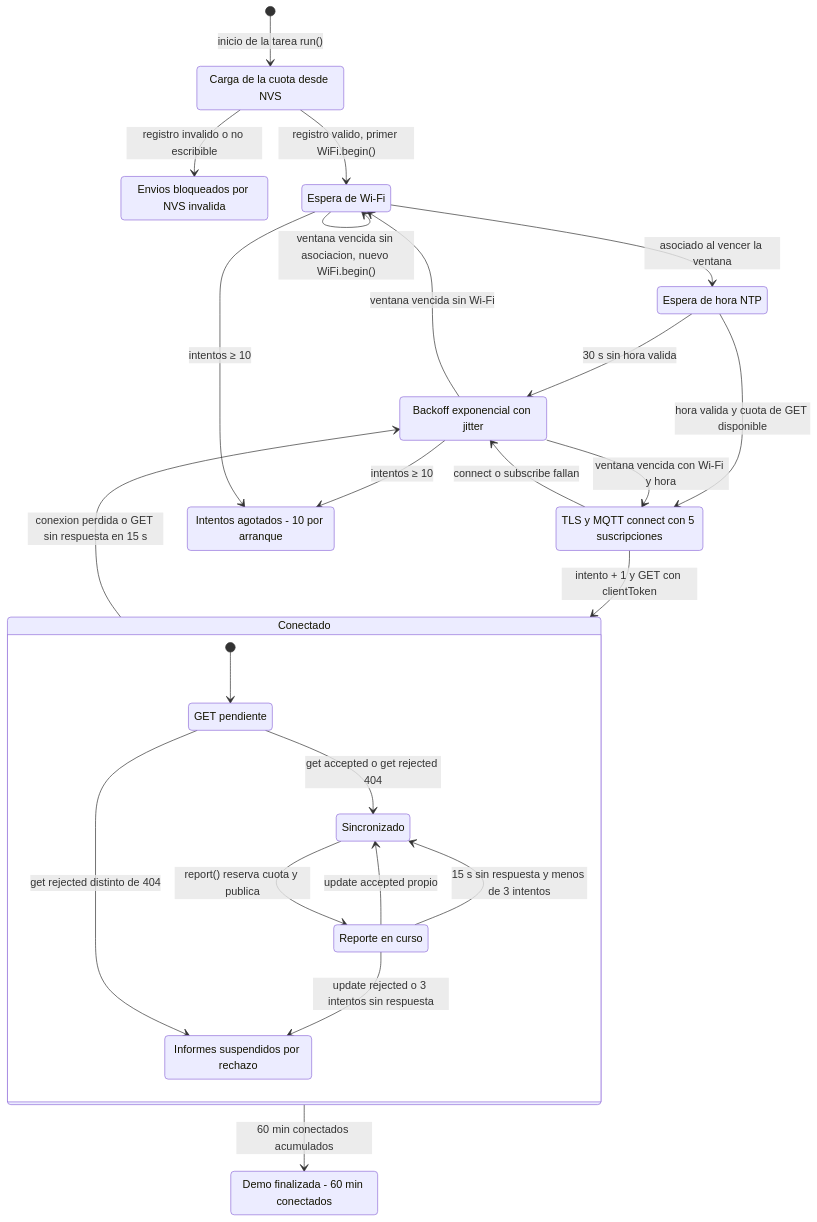
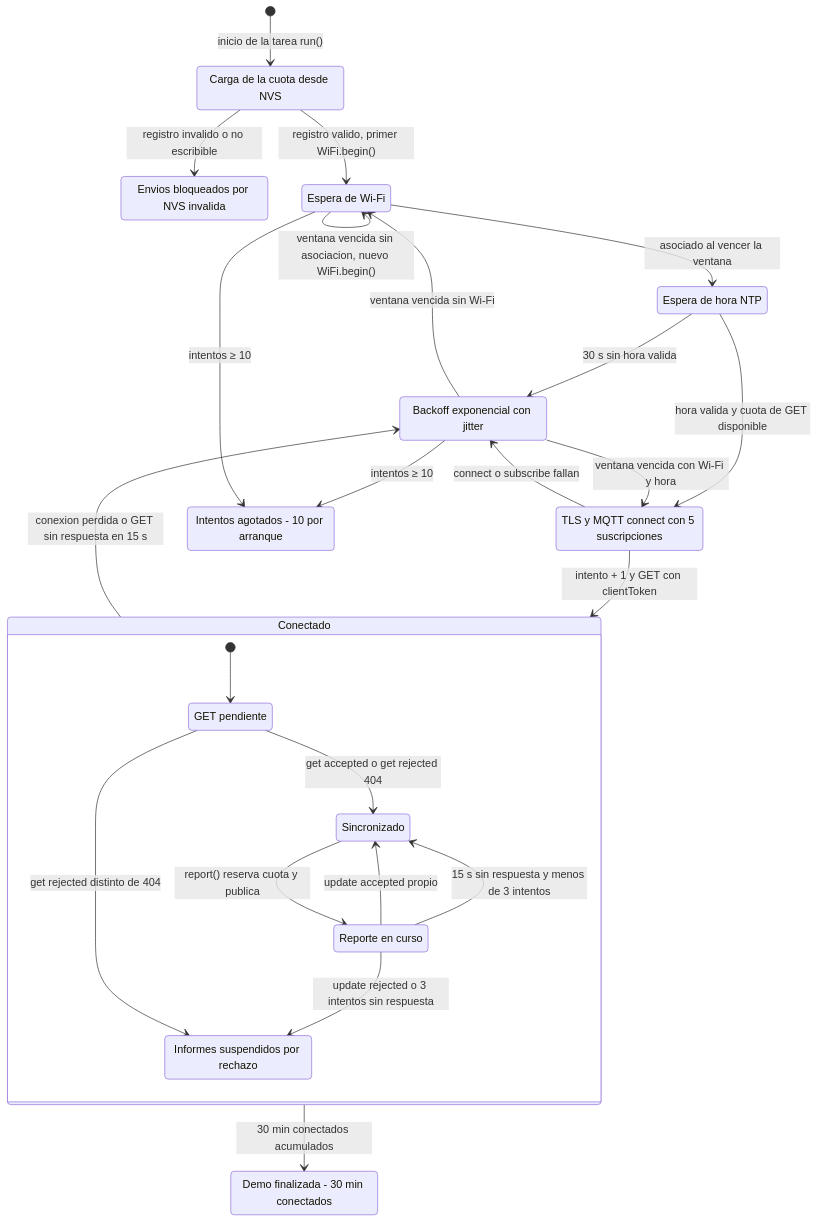
One commit to HenryRiveraM/smartpark-practica-3 changed the seventh of 16 diagrams in docs/informe.md. Above: the diagram before and after it, drawn with Mermaid. The commit also changed other lines of this file and 1 other file, not shown here.

````diff
--- a/docs/informe.md
+++ b/docs/informe.md
@@ -615,39 +615,39 @@
 ```mermaid
 stateDiagram-v2
     state "Carga de la cuota desde NVS" as Cuota
     state "Envios bloqueados por NVS invalida" as NVSMal
     state "Espera de Wi-Fi" as WiFi
     state "Espera de hora NTP" as NTP
     state "TLS y MQTT connect con 5 suscripciones" as TLS
     state "Backoff exponencial con jitter" as Backoff
     state "Intentos agotados - 10 por arranque" as Agotado
-    state "Demo finalizada - 60 min conectados" as Demo
+    state "Demo finalizada - 30 min conectados" as Demo
     state Conectado {
         state "GET pendiente" as GetP
         state "Sincronizado" as Sync
         state "Reporte en curso" as Inflight
         state "Informes suspendidos por rechazo" as Susp
         [*] --> GetP
         GetP --> Sync : get accepted o get rejected 404
         GetP --> Susp : get rejected distinto de 404
         Sync --> Inflight : report() reserva cuota y publica
         Inflight --> Sync : update accepted propio
         Inflight --> Sync : 15 s sin respuesta y menos de 3 intentos
         Inflight --> Susp : update rejected o 3 intentos sin respuesta
     }
     [*] --> Cuota : inicio de la tarea run()
     Cuota --> NVSMal : registro invalido o no escribible
     Cuota --> WiFi : registro valido, primer WiFi.begin()
     WiFi --> WiFi : ventana vencida sin asociacion, nuevo WiFi.begin()
     WiFi --> NTP : asociado al vencer la ventana
     NTP --> Backoff : 30 s sin hora valida
     NTP --> TLS : hora valida y cuota de GET disponible
     TLS --> Backoff : connect o subscribe fallan
     TLS --> Conectado : intento + 1 y GET con clientToken
     Conectado --> Backoff : conexion perdida o GET sin respuesta en 15 s
-    Conectado --> Demo : 60 min conectados acumulados
+    Conectado --> Demo : 30 min conectados acumulados
     Backoff --> WiFi : ventana vencida sin Wi-Fi
     Backoff --> TLS : ventana vencida con Wi-Fi y hora
     Backoff --> Agotado : intentos ≥ 10
     WiFi --> Agotado : intentos ≥ 10
 ```
````
